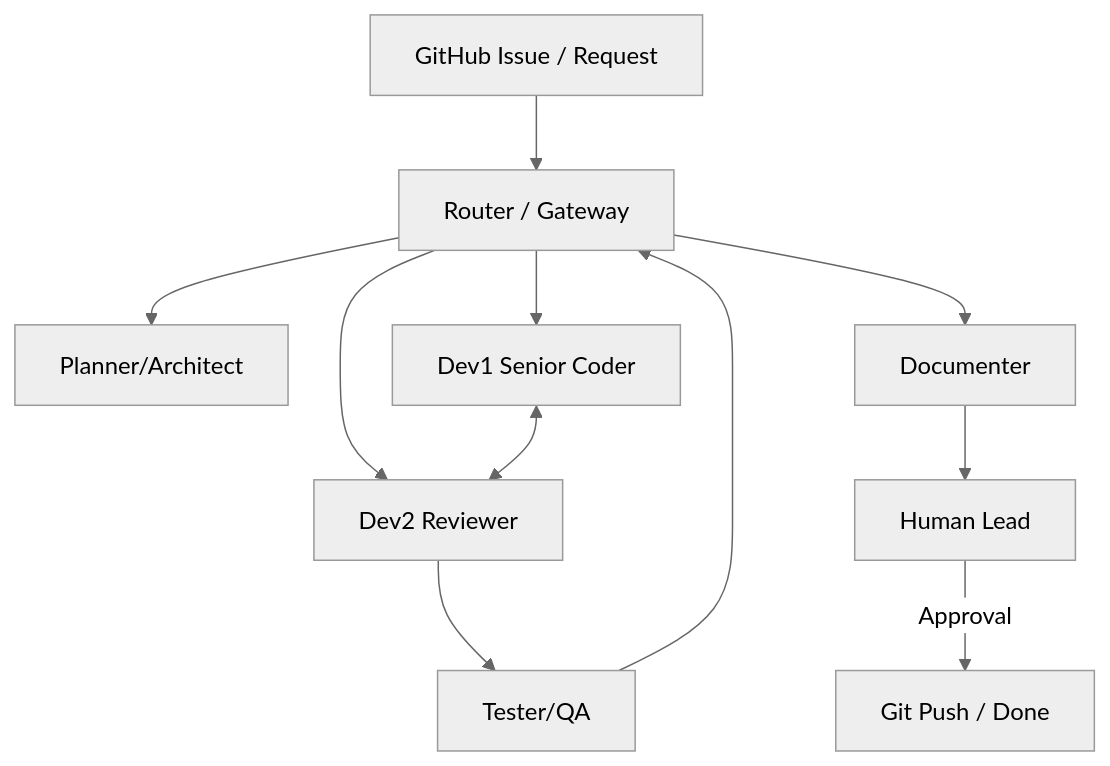
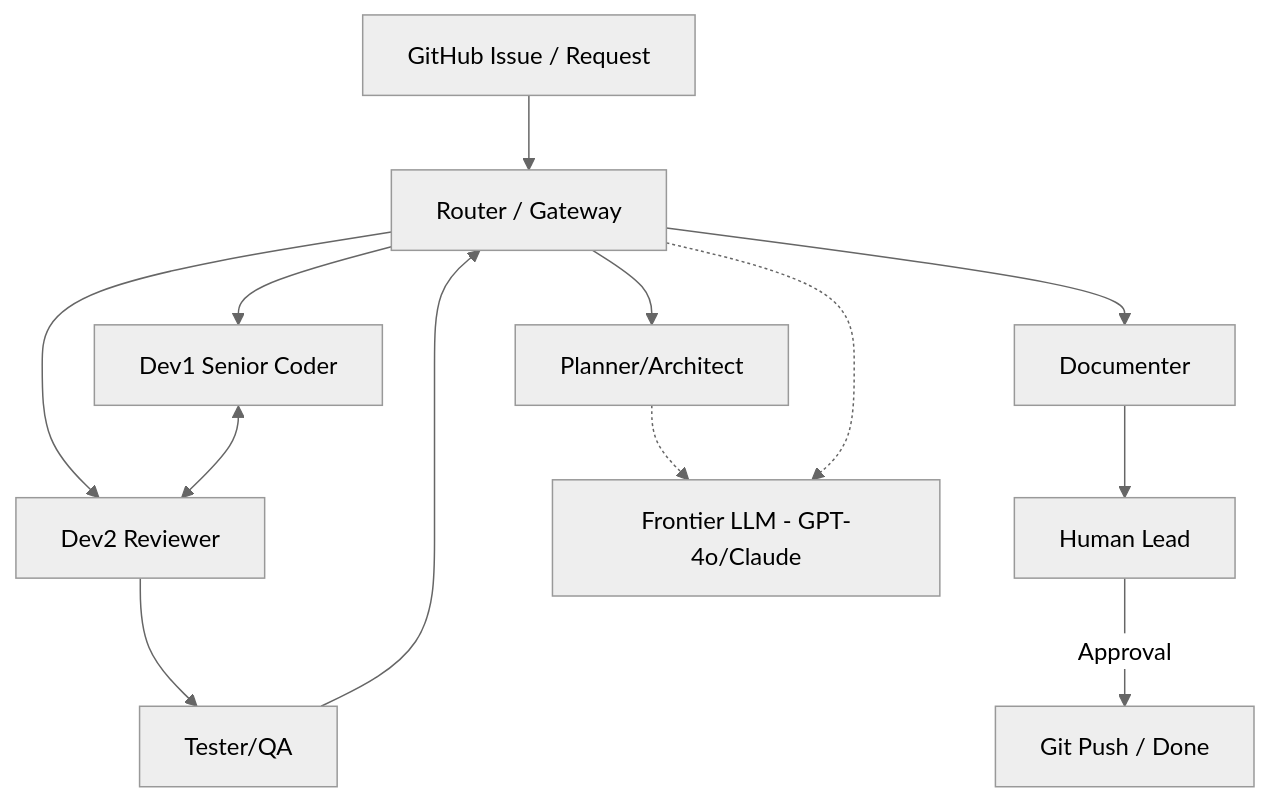
The diagram in docs/03_AutoGen_Agents/01_에이전트_팀_구성_및_역할.md (skybaer0804/llm), drawn with Mermaid (neutral theme) before and after one commit. The commit also changed other lines of this file and 5 other files, not shown here.

````diff
--- a/docs/03_AutoGen_Agents/01_에이전트_팀_구성_및_역할.md
+++ b/docs/03_AutoGen_Agents/01_에이전트_팀_구성_및_역할.md
@@ -9,13 +9,15 @@
 ```mermaid
 graph TD
     Issue[GitHub Issue / Request] --> Router[Router / Gateway]
     Router --> Planner[Planner/Architect]
     Router --> Dev1[Dev1 Senior Coder]
     Router --> Dev2[Dev2 Reviewer]
     Dev1 <--> Dev2
     Dev2 --> Tester[Tester/QA]
     Tester --> Router
     Router --> Documenter[Documenter]
     Documenter --> Human[Human Lead]
     Human --> |Approval| Push[Git Push / Done]
+    Planner -.-> Frontier[Frontier LLM - GPT-4o/Claude]
+    Router -.-> Frontier
 ```
````
